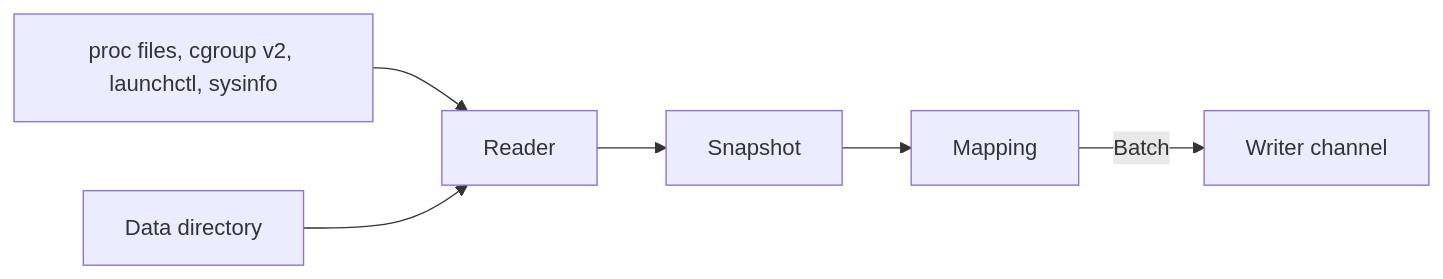
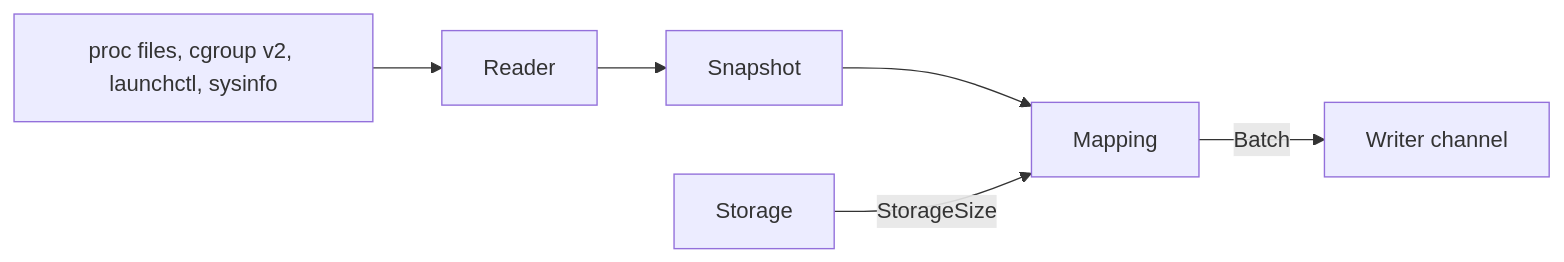
The diagram in tasks/00007-collect-host-and-service-metrics.md (sukovanej/otelo), drawn with Mermaid before and after one commit. The commit also changed other lines of this file, not shown here.

````diff
--- a/tasks/00007-collect-host-and-service-metrics.md
+++ b/tasks/00007-collect-host-and-service-metrics.md
@@ -15,8 +15,8 @@
 ```mermaid
 flowchart LR
   os[proc files, cgroup v2, launchctl, sysinfo] --> reader[Reader]
-  data[Data directory] --> reader
   reader --> snapshot[Snapshot]
   snapshot --> mapping[Mapping]
+  storage[Storage] -->|StorageSize| mapping
   mapping -->|Batch| writer[Writer channel]
 ```
````
